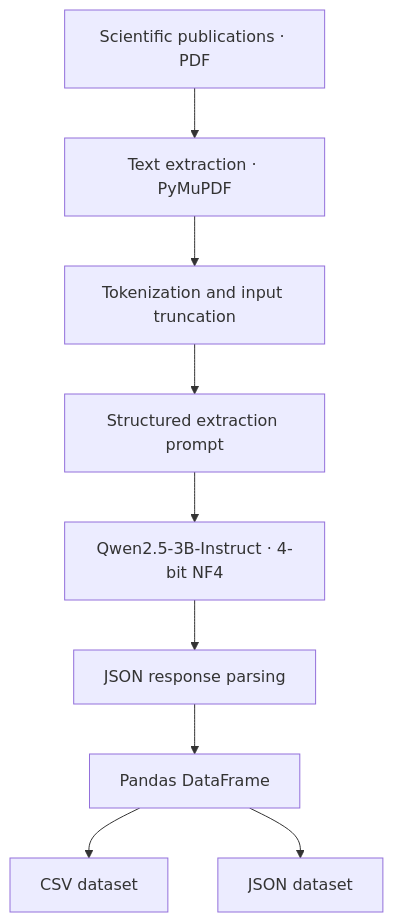
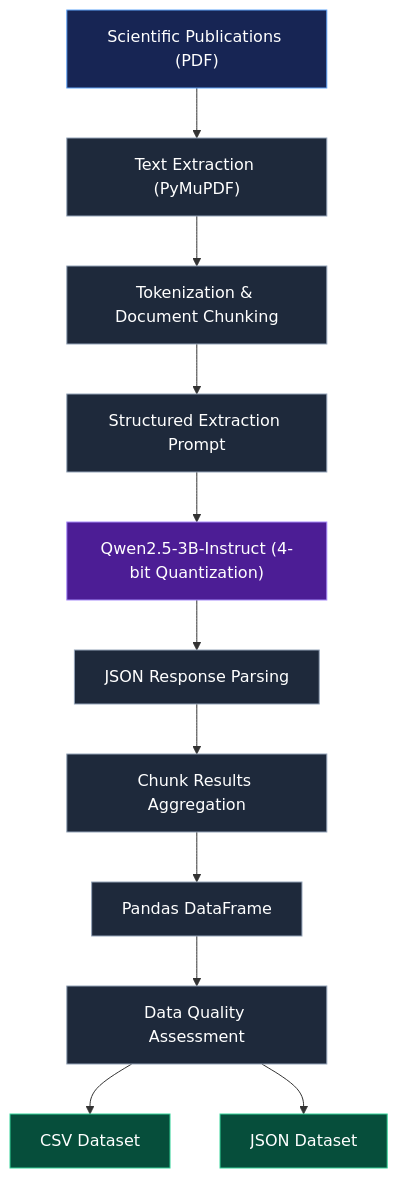
Before and after one commit to LydiaRuizMartinez/LLM-Based-Pharma-Data-Extraction: the diagram in README.md, drawn with Mermaid.

Commit message:
docs: improve extraction pipeline diagram with chunk-based processing

````diff
--- a/README.md
+++ b/README.md
@@ -63,11 +63,35 @@
 ```mermaid
 flowchart TD
-    A[Scientific publications · PDF] --> B[Text extraction · PyMuPDF]
-    B --> C[Tokenization and input truncation]
-    C --> D[Structured extraction prompt]
-    D --> E[Qwen2.5-3B-Instruct · 4-bit NF4]
-    E --> F[JSON response parsing]
-    F --> G[Pandas DataFrame]
-    G --> H[CSV dataset]
-    G --> I[JSON dataset]
+    A["Scientific Publications (PDF)"]
+    B["Text Extraction (PyMuPDF)"]
+    C["Tokenization & Document Chunking"]
+    D["Structured Extraction Prompt"]
+    E["Qwen2.5-3B-Instruct (4-bit Quantization)"]
+    F["JSON Response Parsing"]
+    G["Chunk Results Aggregation"]
+    H["Pandas DataFrame"]
+    I["Data Quality Assessment"]
+    J["CSV Dataset"]
+    K["JSON Dataset"]
+
+    A --> B
+    B --> C
+    C --> D
+    D --> E
+    E --> F
+    F --> G
+    G --> H
+    H --> I
+    I --> J
+    I --> K
+
+    classDef input fill:#172554,stroke:#60A5FA,color:#FFFFFF
+    classDef process fill:#1E293B,stroke:#94A3B8,color:#FFFFFF
+    classDef model fill:#4C1D95,stroke:#A78BFA,color:#FFFFFF
+    classDef output fill:#064E3B,stroke:#34D399,color:#FFFFFF
+
+    class A input
+    class B,C,D,F,G,H,I process
+    class E model
+    class J,K output
 ```
````
